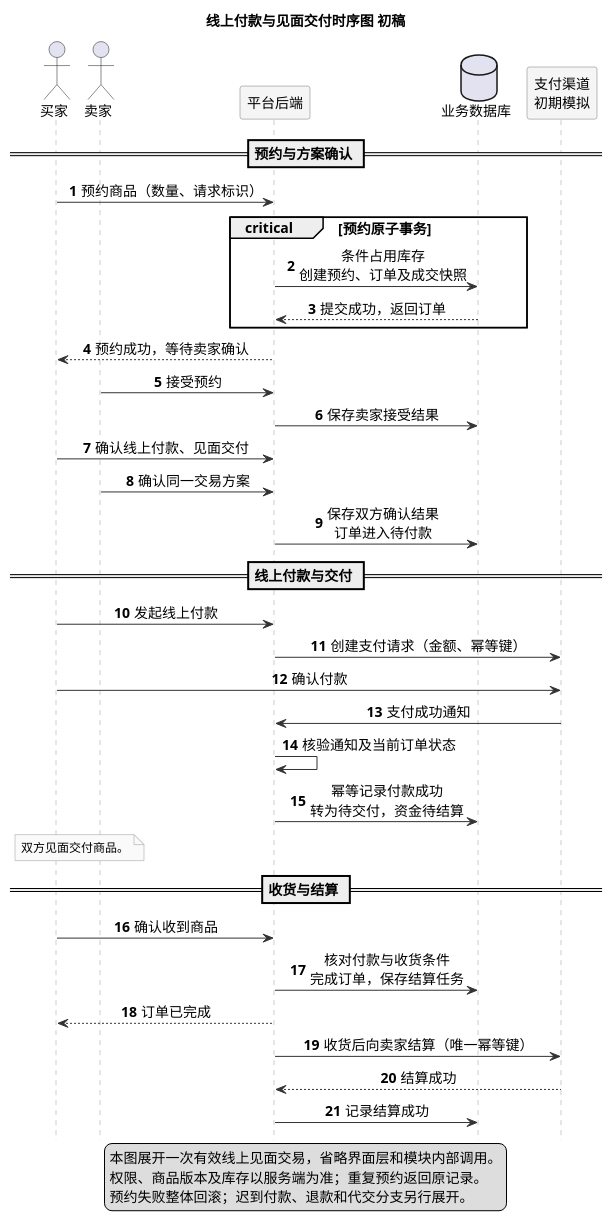
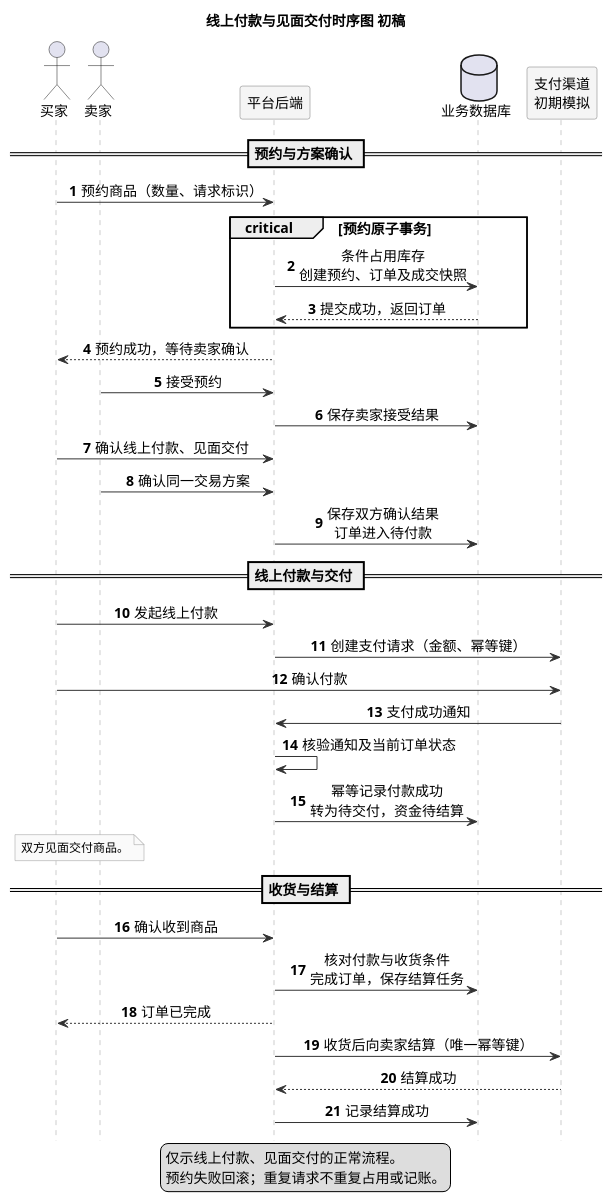
One commit to koishikois259/campus-market changed the diagram in UML/UML时序图.puml. Above: the diagram before and after it, drawn with PlantUML. The commit also changed 5 other files, not shown here.

Commit message:
lab2: shorten sequence legend and document branch notation

```diff
--- a/UML/UML时序图.puml
+++ b/UML/UML时序图.puml
@@ -1,62 +1,61 @@
 @startuml
-' Sequence diagram AI draft v0.1, 2026-11-03.
+' Sequence diagram v0.2, concise legend after user review, 2026-11-04.
 ' Reference: https://plantuml.com/zh/sequence-diagram
 title 线上付款与见面交付时序图 初稿
 autonumber
 hide footbox
 skinparam defaultFontName Microsoft YaHei
 skinparam defaultFontSize 14
 skinparam shadowing false
 skinparam sequenceMessageAlign center
 skinparam sequenceParticipantBackgroundColor #F5F5F5
 skinparam sequenceParticipantBorderColor #777777
 skinparam sequenceLifeLineBorderColor #999999
 skinparam sequenceArrowColor #333333
 skinparam noteBackgroundColor #FAFAFA
 skinparam noteBorderColor #999999
 skinparam noteFontSize 12
 
 actor "买家" as Buyer
 actor "卖家" as Seller
 participant "平台后端" as App
 database "业务数据库" as DB
 participant "支付渠道\n初期模拟" as Channel
 
 == 预约与方案确认 ==
 Buyer -> App : 预约商品（数量、请求标识）
 critical 预约原子事务
   App -> DB : 条件占用库存\n创建预约、订单及成交快照
   DB --> App : 提交成功，返回订单
 end
 App --> Buyer : 预约成功，等待卖家确认
 Seller -> App : 接受预约
 App -> DB : 保存卖家接受结果
 Buyer -> App : 确认线上付款、见面交付
 Seller -> App : 确认同一交易方案
 App -> DB : 保存双方确认结果\n订单进入待付款
 
 == 线上付款与交付 ==
 Buyer -> App : 发起线上付款
 App -> Channel : 创建支付请求（金额、幂等键）
 Buyer -> Channel : 确认付款
 Channel -> App : 支付成功通知
 App -> App : 核验通知及当前订单状态
 App -> DB : 幂等记录付款成功\n转为待交付，资金待结算
 note over Buyer, Seller
   双方见面交付商品。
 end note
 
 == 收货与结算 ==
 Buyer -> App : 确认收到商品
 App -> DB : 核对付款与收货条件\n完成订单，保存结算任务
 App --> Buyer : 订单已完成
 App -> Channel : 收货后向卖家结算（唯一幂等键）
 Channel --> App : 结算成功
 App -> DB : 记录结算成功
 
 legend bottom
-  本图展开一次有效线上见面交易，省略界面层和模块内部调用。
-  权限、商品版本及库存以服务端为准；重复预约返回原记录。
-  预约失败整体回滚；迟到付款、退款和代交分支另行展开。
+  仅示线上付款、见面交付的正常流程。
+  预约失败回滚；重复请求不重复占用或记账。
 endlegend
 @enduml
```
